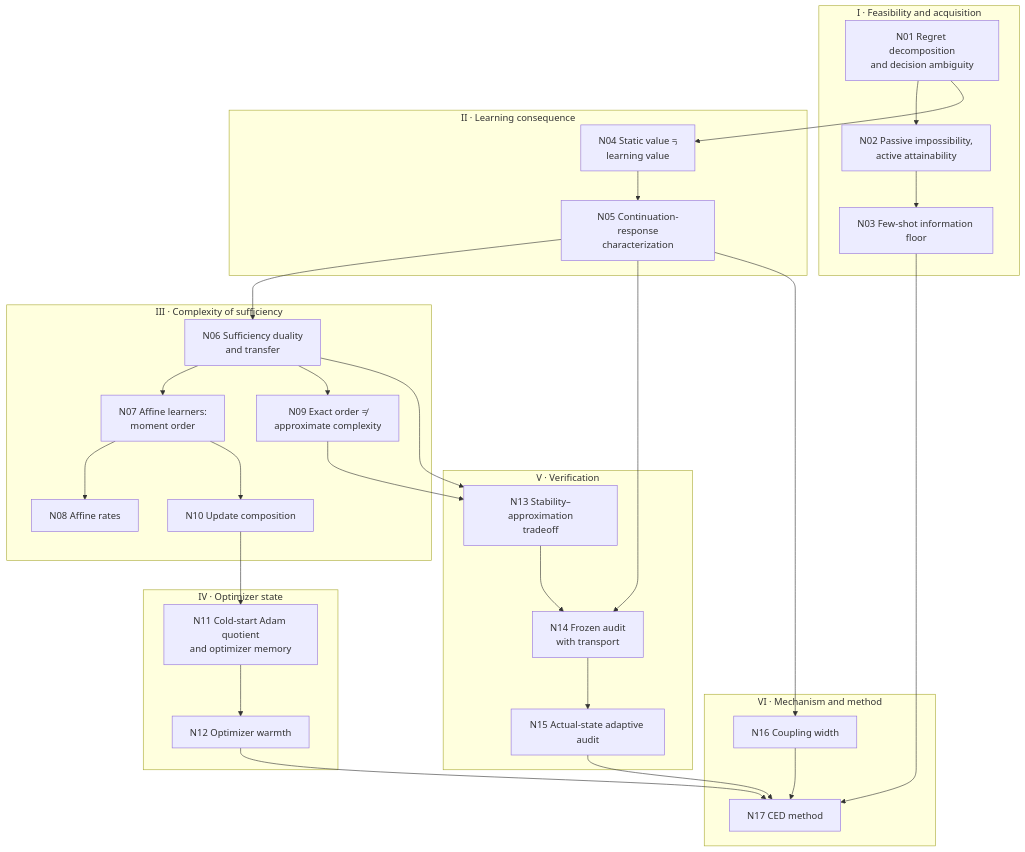
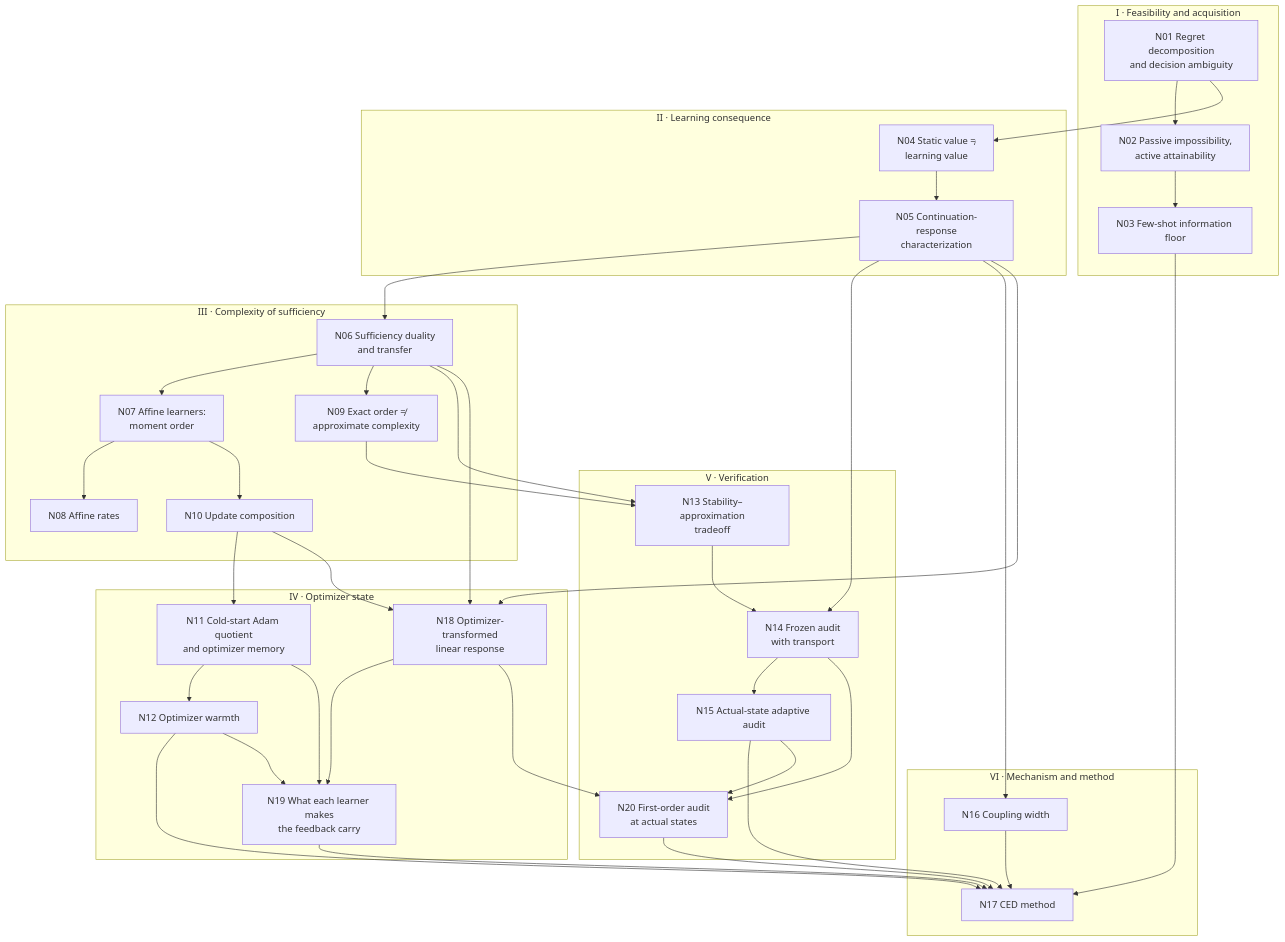
The diagram in theoretical_framework/README.md (XueqiC/ICML27_agent_distillation), drawn with Mermaid before and after one commit. The commit also changed other lines of this file and 17 other files, not shown here.

First line of the commit message:
theoretical_framework: N18-N20 (optimizer-transformed linear response, learner statistics, first-order audit), EN+ZH; graph and N17 rules updated; derivation overclaims removed

````diff
--- a/theoretical_framework/README.md
+++ b/theoretical_framework/README.md
@@ -38,45 +40,59 @@
 ```mermaid
 flowchart TD
   subgraph I["I · Feasibility and acquisition"]
     N01["N01 Regret decomposition<br/>and decision ambiguity"]
     N02["N02 Passive impossibility,<br/>active attainability"]
     N03["N03 Few-shot information floor"]
   end
   subgraph II["II · Learning consequence"]
     N04["N04 Static value ≠<br/>learning value"]
     N05["N05 Continuation-response<br/>characterization"]
   end
   subgraph III["III · Complexity of sufficiency"]
     N06["N06 Sufficiency duality<br/>and transfer"]
     N07["N07 Affine learners:<br/>moment order"]
     N08["N08 Affine rates"]
     N09["N09 Exact order ≠<br/>approximate complexity"]
     N10["N10 Update composition"]
   end
   subgraph IV["IV · Optimizer state"]
     N11["N11 Cold-start Adam quotient<br/>and optimizer memory"]
     N12["N12 Optimizer warmth"]
+    N18["N18 Optimizer-transformed<br/>linear response"]
+    N19["N19 What each learner makes<br/>the feedback carry"]
   end
   subgraph V["V · Verification"]
     N13["N13 Stability–approximation<br/>tradeoff"]
     N14["N14 Frozen audit<br/>with transport"]
     N15["N15 Actual-state adaptive audit"]
+    N20["N20 First-order audit<br/>at actual states"]
   end
   subgraph VI["VI · Mechanism and method"]
     N16["N16 Coupling width"]
     N17["N17 CED method"]
   end
   N01 --> N02 --> N03
   N01 --> N04 --> N05
   N05 --> N06
   N06 --> N07 --> N08
   N06 --> N09 --> N13
   N07 --> N10 --> N11 --> N12
   N06 --> N13 --> N14
   N05 --> N14 --> N15
   N05 --> N16
   N03 --> N17
   N12 --> N17
   N15 --> N17
   N16 --> N17
+  N05 --> N18
+  N06 --> N18
+  N10 --> N18
+  N18 --> N19
+  N11 --> N19
+  N12 --> N19
+  N18 --> N20
+  N14 --> N20
+  N15 --> N20
+  N19 --> N17
+  N20 --> N17
 ```
````
